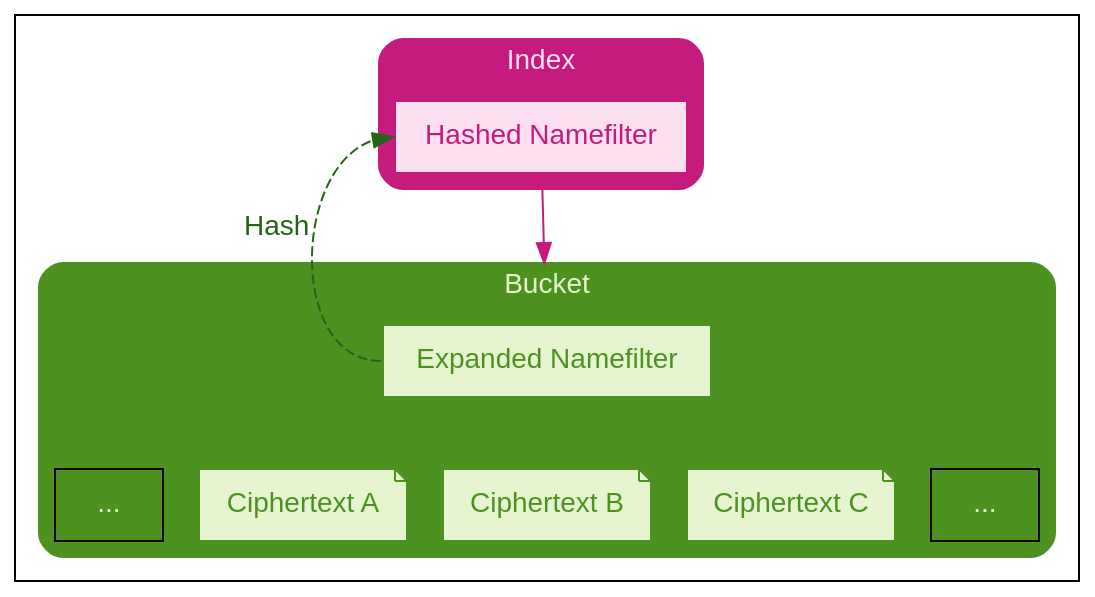
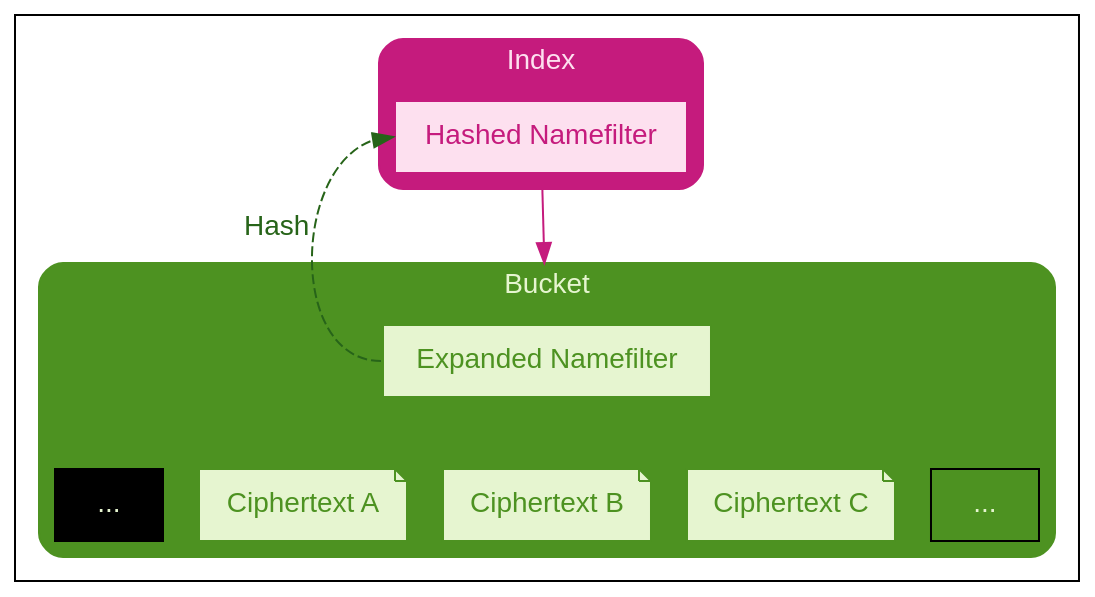
Before and after one commit to wnfs-wg/spec: the diagram in spec/diagrams/hamt_leaves.dot, drawn with Graphviz.

Commit message:
Hmm renderer differences

```diff
--- a/spec/diagrams/hamt_leaves.dot
+++ b/spec/diagrams/hamt_leaves.dot
@@ -1,78 +1,78 @@
 digraph G {
     #########
     # SETUP #
     #########
 
     compound = true
     fontname = "Helvetica"
 
     edge [
         colorscheme = "piyg11"
         fontname = "Helvetica"
     ];
 
     node [
         shape = box
         colorscheme = "piyg11"
         style = filled
         fillcolor = 7
         fontname = "Helvetica"
         color=10
         fontcolor=10
     ];
 
     graph [
         colorscheme = "piyg11"
         color = 10
         style = "rounded,filled"
         fontcolor=7
     ];
 
     ############
     # CLUSTERS #
     ############
 
     subgraph cluster_index {
         label = "Index"
 
         color = 2
         fillcolor = 2
         fontcolor = 5
 
         hashed_namefilter [
             label = "Hashed Namefilter"
 
             color = 2
             fillcolor = 5
             fontcolor = 2
         ]
     }
 
     subgraph cluster_bucket {
         label = "Bucket"
 
         expanded_namefilter [label = "Expanded Namefilter"]
 
-        ellipsis_start [label = "..." fontcolor = 7 shape = plaintext fillcolor = 10]
+        ellipsis_start [label = "..." fontcolor = 7 shape = plaintext fillcolor = invis color = invis]
         ciphertext_a [label = "Ciphertext A" shape = note]
         ciphertext_b [label = "Ciphertext B" shape = note]
         ciphertext_c [label = "Ciphertext C" shape = note]
         ellipsis_end [label = "..." fontcolor = 7 shape = plaintext fillcolor = 10]
 
         expanded_namefilter -> { ellipsis_start ciphertext_a ciphertext_b ciphertext_c ellipsis_end} [style = invis]
     }
 
     hashed_namefilter -> expanded_namefilter [
         ltail = cluster_index
         lhead = cluster_bucket
         minlen = 2
         color = 2
     ]
 
     expanded_namefilter:w -> hashed_namefilter:w [
         xlabel = "Hash"
         fontcolor = 11
         color = 11
         style = dashed
     ]
 }
```
